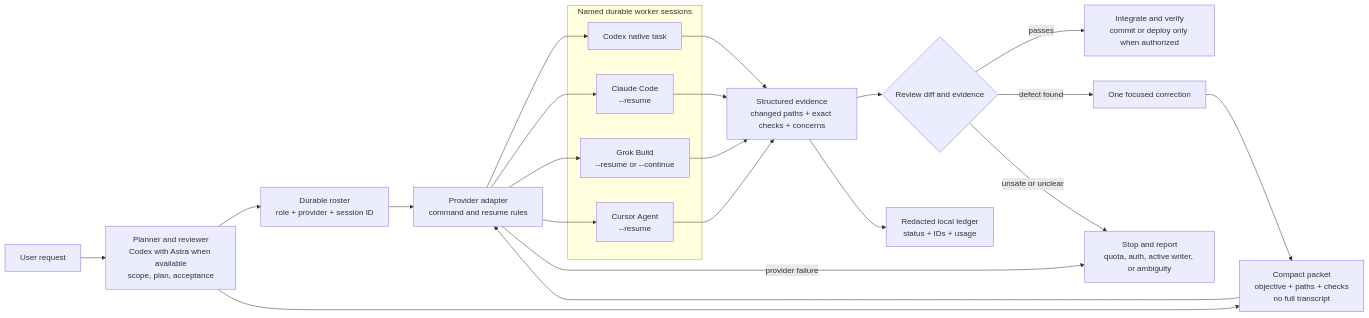
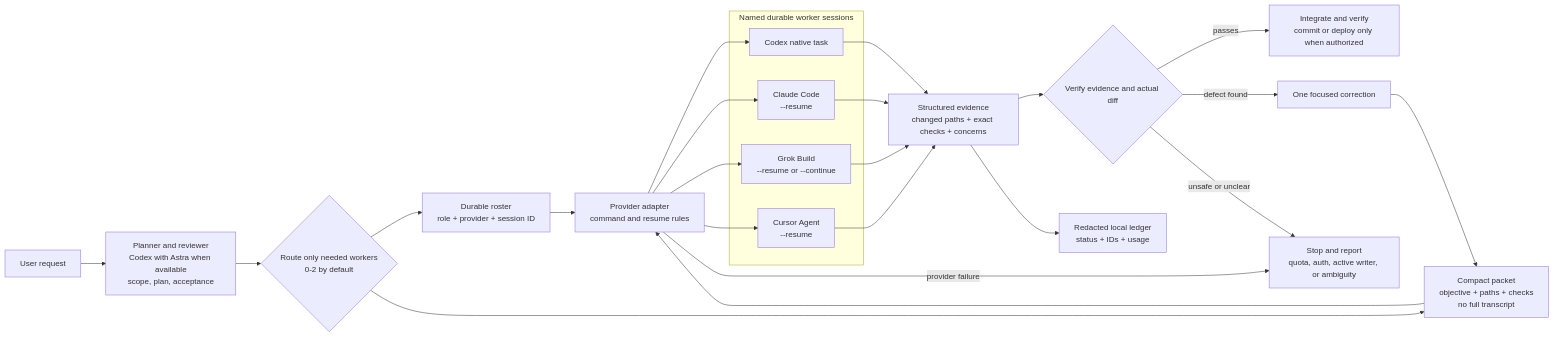
One commit to Strataward/durable-threads changed the diagram in README.md. Above: the diagram before and after it, drawn with Mermaid. The commit also changed other lines of this file and 23 other files, not shown here.

````diff
--- a/README.md
+++ b/README.md
@@ -46,43 +56,45 @@
 ```mermaid
 flowchart LR
     request["User request"]
     plan["Planner and reviewer<br/>Codex with Astra when available<br/>scope, plan, acceptance"]
+    route{"Route only needed workers<br/>0-2 by default"}
     roster["Durable roster<br/>role + provider + session ID"]
     packet["Compact packet<br/>objective + paths + checks<br/>no full transcript"]
     adapter["Provider adapter<br/>command and resume rules"]
 
     subgraph workers["Named durable worker sessions"]
         codex["Codex native task"]
         claude["Claude Code<br/>--resume"]
         grok["Grok Build<br/>--resume or --continue"]
         cursor["Cursor Agent<br/>--resume"]
     end
 
     evidence["Structured evidence<br/>changed paths + exact checks + concerns"]
     ledger["Redacted local ledger<br/>status + IDs + usage"]
-    review{"Review diff and evidence"}
+    verify{"Verify evidence and actual diff"}
     correction["One focused correction"]
     integrate["Integrate and verify<br/>commit or deploy only when authorized"]
     stop["Stop and report<br/>quota, auth, active writer, or ambiguity"]
 
     request --> plan
-    plan --> roster
-    plan --> packet
+    plan --> route
+    route --> roster
+    route --> packet
     roster --> adapter
     packet --> adapter
     adapter --> codex
     adapter --> claude
     adapter --> grok
     adapter --> cursor
     codex --> evidence
     claude --> evidence
     grok --> evidence
     cursor --> evidence
-    evidence --> review
+    evidence --> verify
     evidence --> ledger
-    review -->|passes| integrate
-    review -->|defect found| correction
+    verify -->|passes| integrate
+    verify -->|defect found| correction
     correction --> packet
     adapter -->|provider failure| stop
-    review -->|unsafe or unclear| stop
+    verify -->|unsafe or unclear| stop
 ```
````
